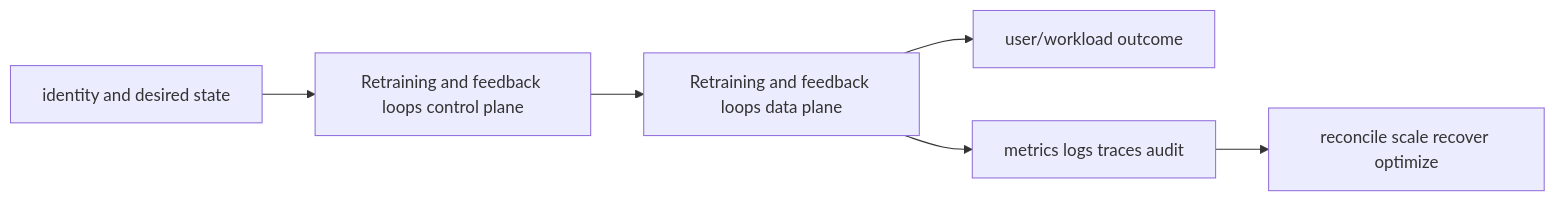
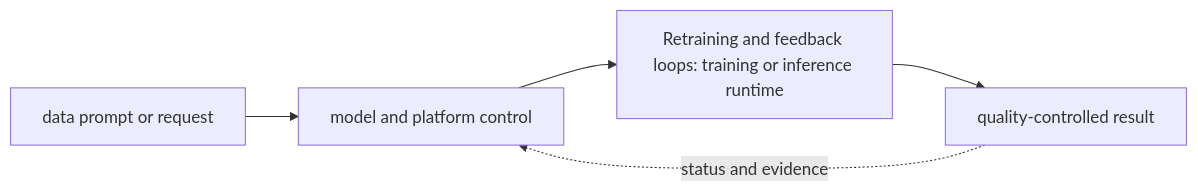
One commit to tomkidumbuyo/DevOps-interview-preparation changed the diagram in 11-ai-platform/08-mlops-and-llmops-lifecycle/15-retraining-feedback-loops/README.md. Above: the diagram before and after it, drawn with Mermaid. The commit also changed other lines of this file and 753 other files, not shown here.

````diff
--- a/11-ai-platform/08-mlops-and-llmops-lifecycle/15-retraining-feedback-loops/README.md
+++ b/11-ai-platform/08-mlops-and-llmops-lifecycle/15-retraining-feedback-loops/README.md
@@ -19,8 +31,7 @@
 ```mermaid
 flowchart LR
-  I[identity and desired state] --> C[Retraining and feedback loops control plane]
-  C --> D[Retraining and feedback loops data plane]
-  D --> U[user/workload outcome]
-  D --> O[metrics logs traces audit]
-  O --> R[reconcile scale recover optimize]
+  A["data prompt or request"] --> B["model and platform control"]
+  B --> C["Retraining and feedback loops: training or inference runtime"]
+  C --> D["quality-controlled result"]
+  D -. "status and evidence" .-> B
 ```
````
